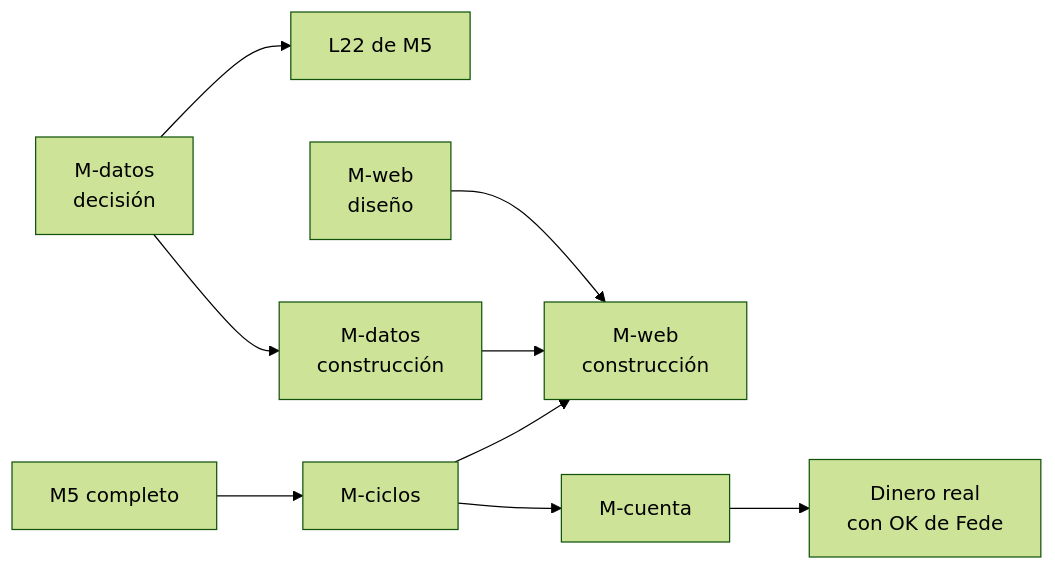
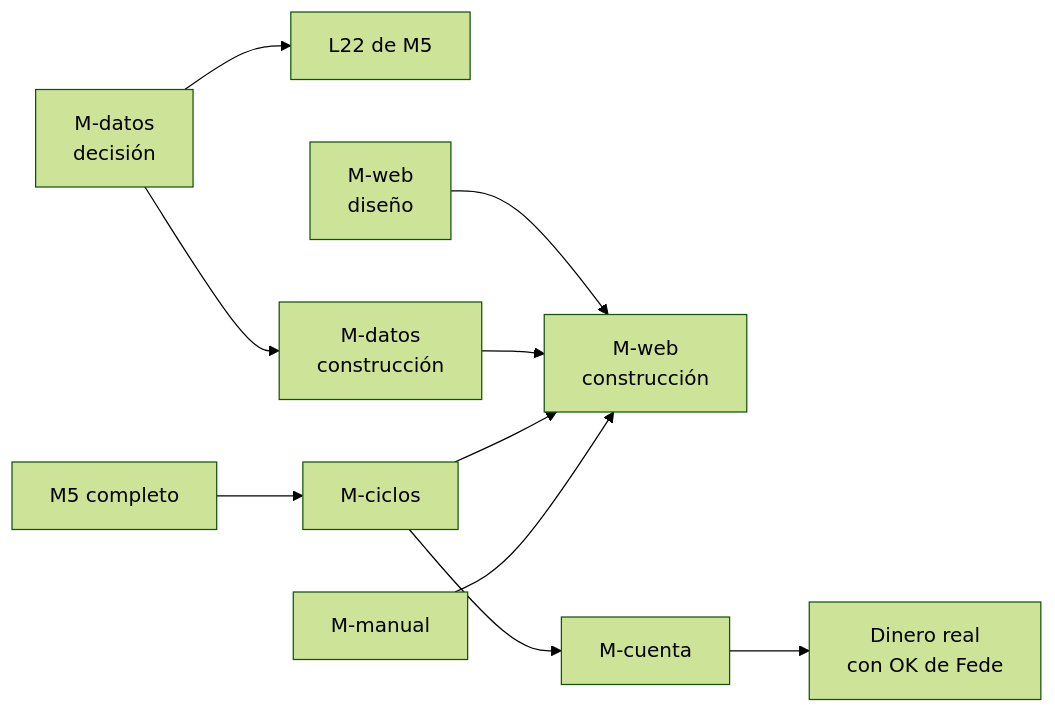
The diagram in docs/02_planning/2026-10-28_roadmap_post_m5.md (fscheu/QuantAgent), drawn with Mermaid (forest theme) before and after one commit. The commit also changed other lines of this file, not shown here.

Commit message:
docs(planning): suma M-manual (manual de usuario como páginas de la app) al roadmap post-M5

````diff
--- a/docs/02_planning/2026-10-28_roadmap_post_m5.md
+++ b/docs/02_planning/2026-10-28_roadmap_post_m5.md
@@ -234,11 +288,12 @@
 ```mermaid
 flowchart LR
   MD[M-datos<br/>decisión] --> L22[L22 de M5]
   MD --> MDc[M-datos<br/>construcción]
   WD[M-web<br/>diseño] --> WC[M-web<br/>construcción]
   MDc --> WC
   M5[M5 completo] --> MC[M-ciclos]
   MC --> MK[M-cuenta]
   MC --> WC
   MK --> LIVE[Dinero real<br/>con OK de Fede]
+  MM[M-manual] --> WC
 ```
````
